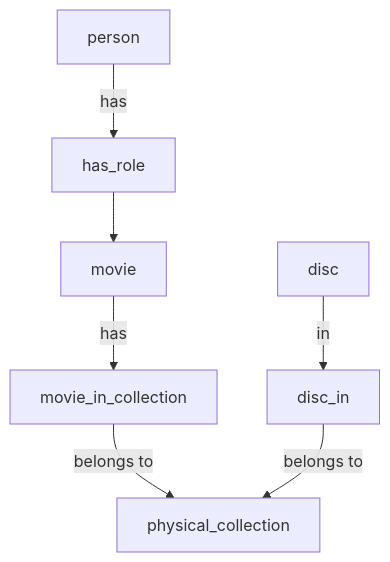
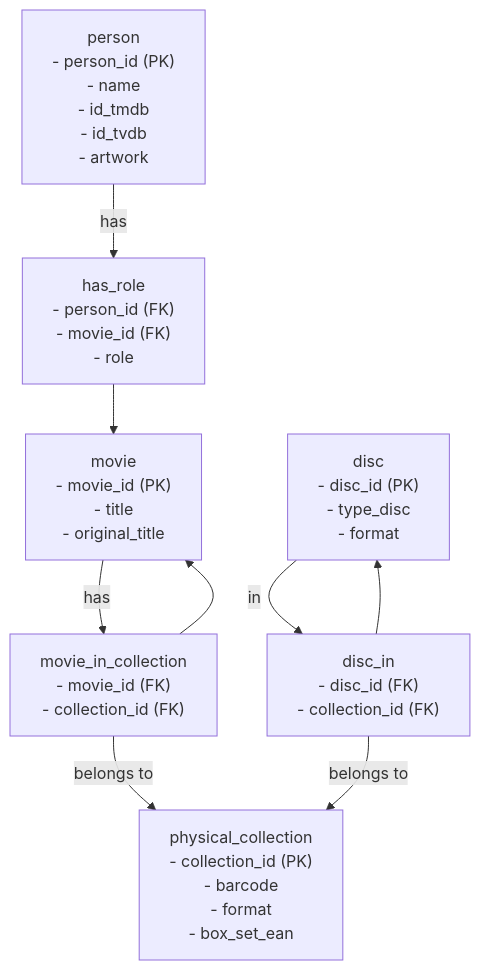
Before and after one commit to asbjotve/versjonskontroll-intro: the diagram in hello.md, drawn with Mermaid.

Commit message:
Enhance flowchart with detailed entity attributes

````diff
--- a/hello.md
+++ b/hello.md
@@ -1,9 +1,22 @@
 ```mermaid
 flowchart TD
-    movie["movie"] -->|has| movie_in_collection["movie_in_collection"]
-    movie_in_collection -->|belongs to| physical_collection["physical_collection"]
-    disc["disc"] -->|in| disc_in["disc_in"]
+    movie["movie\n- movie_id (PK)\n- title\n- original_title"]
+    disc["disc\n- disc_id (PK)\n- type_disc\n- format"]
+    physical_collection["physical_collection\n- collection_id (PK)\n- barcode\n- format\n- box_set_ean"]
+    person["person\n- person_id (PK)\n- name\n- id_tmdb\n- id_tvdb\n- artwork"]
+    has_role["has_role\n- person_id (FK)\n- movie_id (FK)\n- role"]
+    movie_in_collection["movie_in_collection\n- movie_id (FK)\n- collection_id (FK)"]
+    disc_in["disc_in\n- disc_id (FK)\n- collection_id (FK)"]
+
+    movie -->|has| movie_in_collection
+    movie_in_collection -->|belongs to| physical_collection
+
+    disc -->|in| disc_in
     disc_in -->|belongs to| physical_collection
-    person["person"] -->|has| has_role["has_role"]
+
+    person -->|has| has_role
     has_role --> movie
+
+    disc_in --> disc
+    movie_in_collection --> movie
 ```
````
